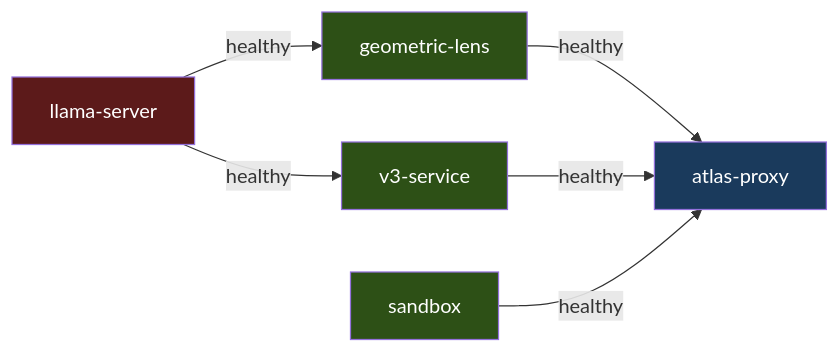
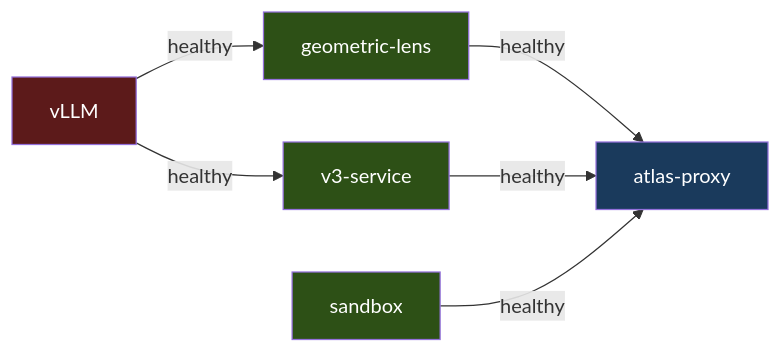
The tenth of 13 diagrams in docs/ARCHITECTURE.md (itigges22/ATLAS), drawn with Mermaid before and after one commit. The commit also changed other lines of this file and 18 other files, not shown here.

First line of the commit message:
docs: sweep llama.cpp/llama-server references for vLLM (stage 10)

````diff
--- a/docs/ARCHITECTURE.md
+++ b/docs/ARCHITECTURE.md
@@ -466,12 +466,12 @@
 ```mermaid
 graph LR
-    LLM["llama-server"] -->|"healthy"| GL["geometric-lens"] -->|"healthy"| AP["atlas-proxy"]
+    LLM["vLLM"] -->|"healthy"| GL["geometric-lens"] -->|"healthy"| AP["atlas-proxy"]
     LLM -->|"healthy"| V3["v3-service"] -->|"healthy"| AP
     SB["sandbox"] -->|"healthy"| AP
 
     style LLM fill:#5c1a1a,color:#fff
     style GL fill:#2d5016,color:#fff
     style V3 fill:#2d5016,color:#fff
     style SB fill:#2d5016,color:#fff
     style AP fill:#1a3a5c,color:#fff
 ```
````
